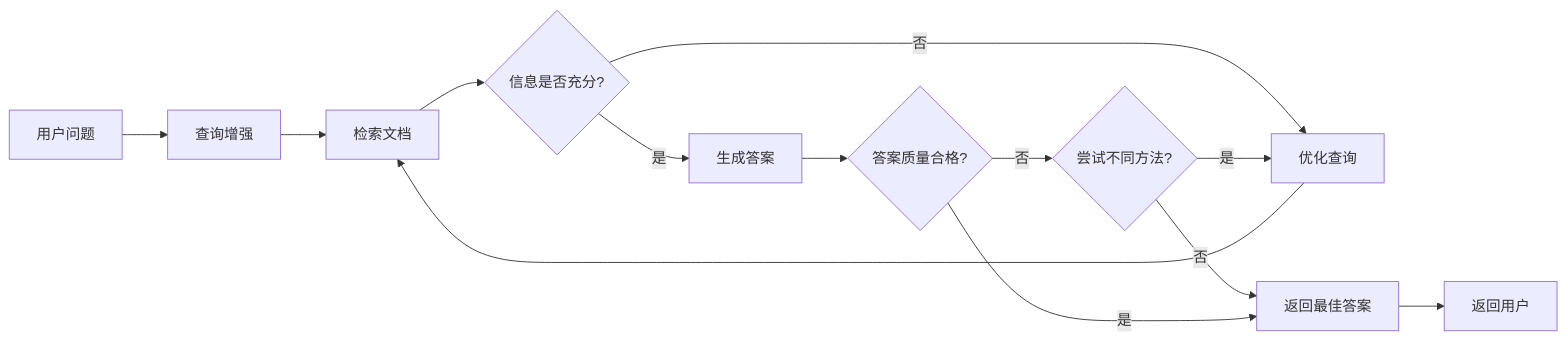
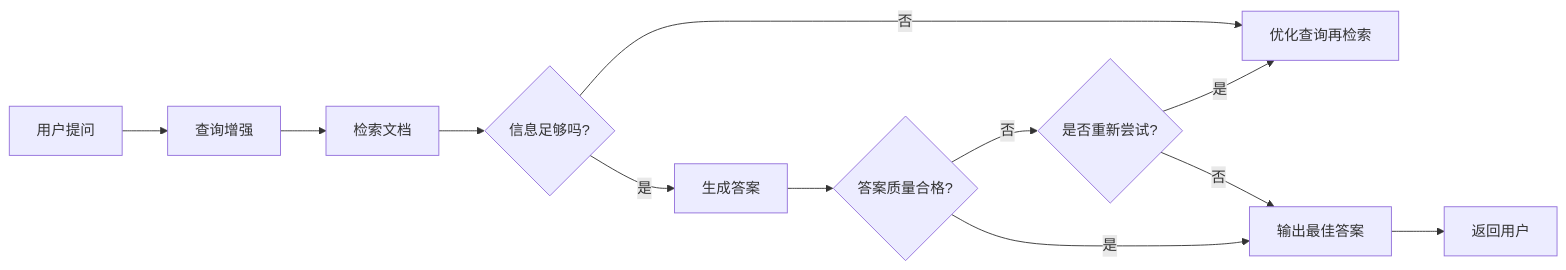
The fourth of 4 diagrams in docs/llmapps/langchain/advanced-usage/Retrieval.md (buffaloboyhlh/interviews), drawn with Mermaid before and after one commit. The commit also changed other lines of this file and 7 other files, not shown here.

````diff
--- a/docs/llmapps/langchain/advanced-usage/Retrieval.md
+++ b/docs/llmapps/langchain/advanced-usage/Retrieval.md
@@ -148,15 +193,14 @@
 ```mermaid
 graph LR
-    A[用户问题] --> B[查询增强]
+    A[用户提问] --> B[查询增强]
     B --> C[检索文档]
-    C --> D{信息是否充分?}
-    D -- 否 --> E[优化查询]
-    E --> C
+    C --> D{信息足够吗?}
+    D -- 否 --> E[优化查询再检索]
     D -- 是 --> F[生成答案]
     F --> G{答案质量合格?}
-    G -- 否 --> H{尝试不同方法?}
+    G -- 否 --> H{是否重新尝试?}
     H -- 是 --> E
-    H -- 否 --> I[返回最佳答案]
+    H -- 否 --> I[输出最佳答案]
     G -- 是 --> I
     I --> J[返回用户]
 ```
````
